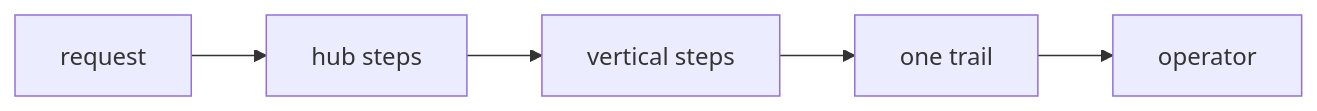
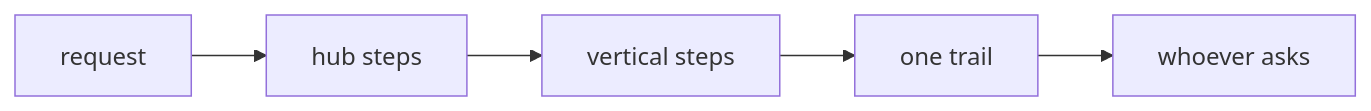
Before and after one commit to digithings-ai/digithings: the diagram in apps/digithings-web/content/book/16-digitrace/index.mdx, drawn with Mermaid. The commit also changed other lines of this file and 6 other files, not shown here.

````diff
--- a/apps/digithings-web/content/book/16-digitrace/index.mdx
+++ b/apps/digithings-web/content/book/16-digitrace/index.mdx
@@ -28,7 +29,7 @@
 ```mermaid one request, one story: the trail follows it across every service it touches
 flowchart LR
   REQ[request] --> HUB[hub steps]
   HUB --> VERT[vertical steps]
   VERT --> TRAIL[one trail]
-  TRAIL --> OP[operator]
+  TRAIL --> OP[whoever asks]
 ```
````
